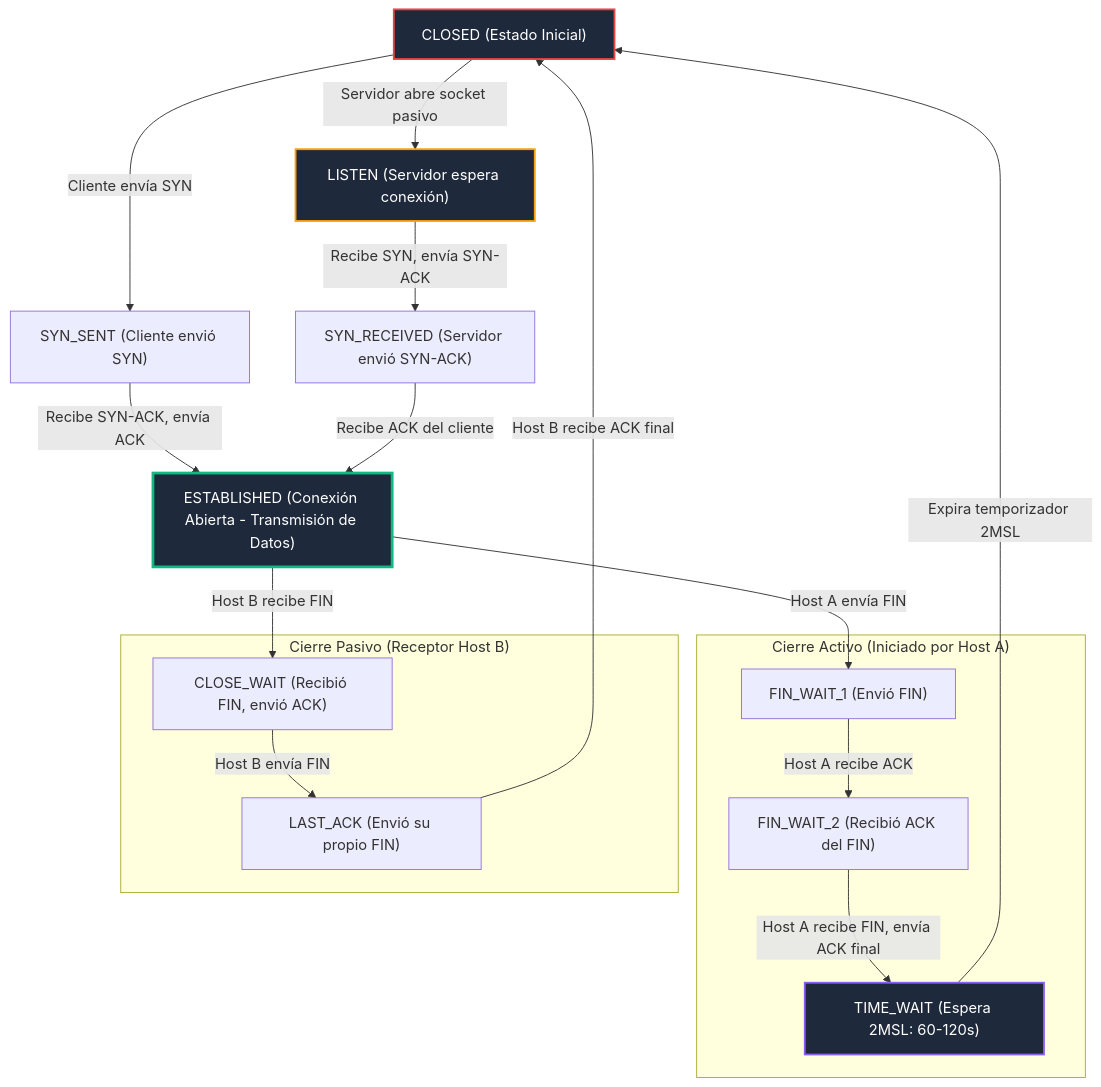
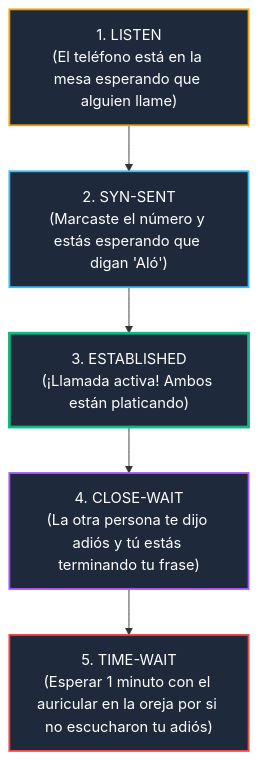
One commit to ch4rf/redes-computadoras changed the third of 4 diagrams in Teoria/Modulo_1_Capa_Transporte/02_Protocolo_TCP.md. Above: the diagram before and after it, drawn with Mermaid. The commit also changed other lines of this file and 14 other files, not shown here.

````diff
--- a/Teoria/Modulo_1_Capa_Transporte/02_Protocolo_TCP.md
+++ b/Teoria/Modulo_1_Capa_Transporte/02_Protocolo_TCP.md
@@ -38,38 +82,16 @@
 ```mermaid
 flowchart TD
-    CLOSED["CLOSED (Estado Inicial)"]
-    LISTEN["LISTEN (Servidor espera conexión)"]
-    SYN_SENT["SYN_SENT (Cliente envió SYN)"]
-    SYN_RCVD["SYN_RECEIVED (Servidor envió SYN-ACK)"]
-    ESTAB["ESTABLISHED (Conexión Abierta - Transmisión de Datos)"]
+    LISTEN["1. LISTEN<br/>(El teléfono está en la mesa esperando que alguien llame)"]
+    SYN_SENT["2. SYN-SENT<br/>(Marcaste el número y estás esperando que digan 'Aló')"]
+    ESTAB["3. ESTABLISHED<br/>(¡Llamada activa! Ambos están platicando)"]
+    CLOSE_WAIT["4. CLOSE-WAIT<br/>(La otra persona te dijo adiós y tú estás terminando tu frase)"]
+    TIME_WAIT["5. TIME-WAIT<br/>(Esperar 1 minuto con el auricular en la oreja por si no escucharon tu adiós)"]
 
-    CLOSED -->|"Servidor abre socket pasivo"| LISTEN
-    CLOSED -->|"Cliente envía SYN"| SYN_SENT
-    LISTEN -->|"Recibe SYN, envía SYN-ACK"| SYN_RCVD
-    SYN_SENT -->|"Recibe SYN-ACK, envía ACK"| ESTAB
-    SYN_RCVD -->|"Recibe ACK del cliente"| ESTAB
+    LISTEN --> SYN_SENT --> ESTAB --> CLOSE_WAIT --> TIME_WAIT
 
-    subgraph CIERRE_ACTIVO ["Cierre Activo (Iniciado por Host A)"]
-        FIN_WAIT_1["FIN_WAIT_1 (Envió FIN)"]
-        FIN_WAIT_2["FIN_WAIT_2 (Recibió ACK del FIN)"]
-        TIME_WAIT["TIME_WAIT (Espera 2MSL: 60-120s)"]
-    end
-
-    subgraph CIERRE_PASIVO ["Cierre Pasivo (Receptor Host B)"]
-        CLOSE_WAIT["CLOSE_WAIT (Recibió FIN, envió ACK)"]
-        LAST_ACK["LAST_ACK (Envió su propio FIN)"]
-    end
-
-    ESTAB -->|"Host A envía FIN"| FIN_WAIT_1
-    ESTAB -->|"Host B recibe FIN"| CLOSE_WAIT
-    FIN_WAIT_1 -->|"Host A recibe ACK"| FIN_WAIT_2
-    CLOSE_WAIT -->|"Host B envía FIN"| LAST_ACK
-    FIN_WAIT_2 -->|"Host A recibe FIN, envía ACK final"| TIME_WAIT
-    LAST_ACK -->|"Host B recibe ACK final"| CLOSED
-    TIME_WAIT -->|"Expira temporizador 2MSL"| CLOSED
-
-    style CLOSED fill:#1e293b,stroke:#ef4444,stroke-width:2px,color:#fff
     style LISTEN fill:#1e293b,stroke:#f59e0b,stroke-width:2px,color:#fff
+    style SYN_SENT fill:#1e293b,stroke:#38bdf8,stroke-width:2px,color:#fff
     style ESTAB fill:#1e293b,stroke:#10b981,stroke-width:3px,color:#fff
-    style TIME_WAIT fill:#1e293b,stroke:#8b5cf6,stroke-width:2px,color:#fff
+    style CLOSE_WAIT fill:#1e293b,stroke:#a855f7,stroke-width:2px,color:#fff
+    style TIME_WAIT fill:#1e293b,stroke:#ef4444,stroke-width:2px,color:#fff
 ```
````
